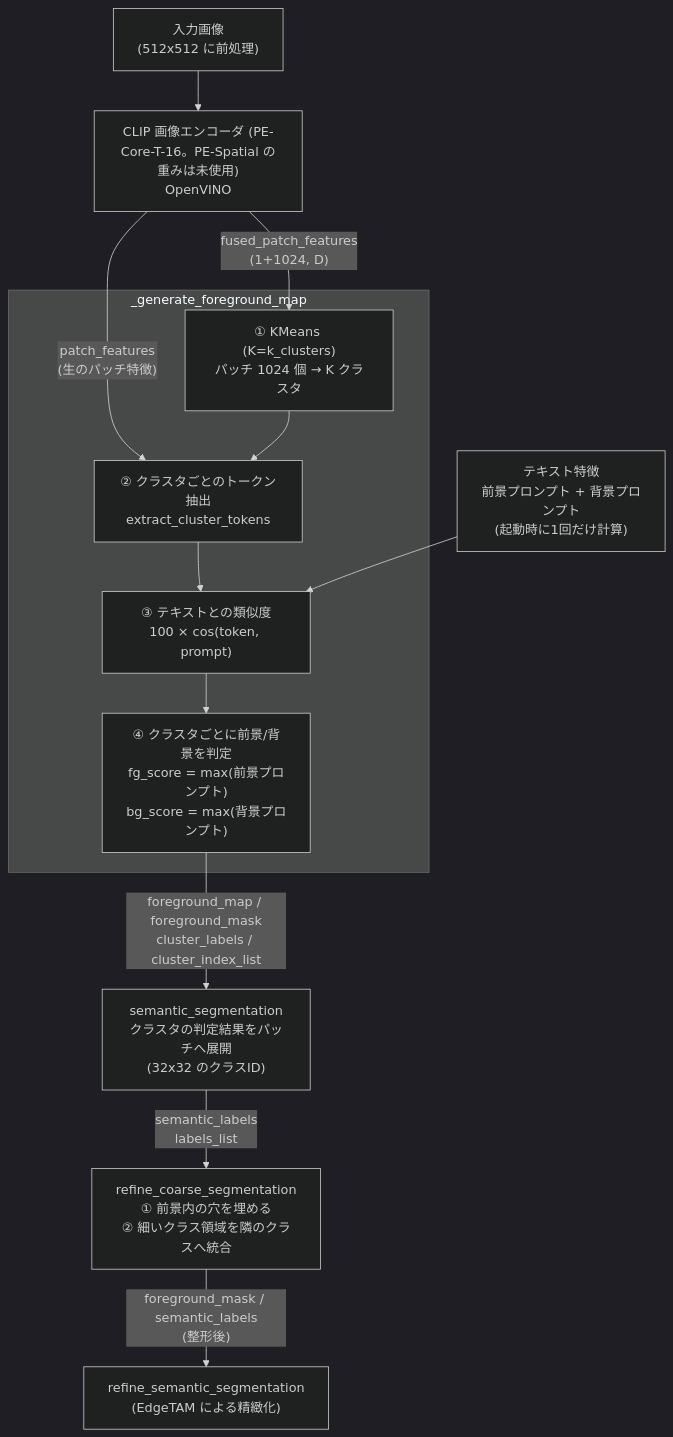
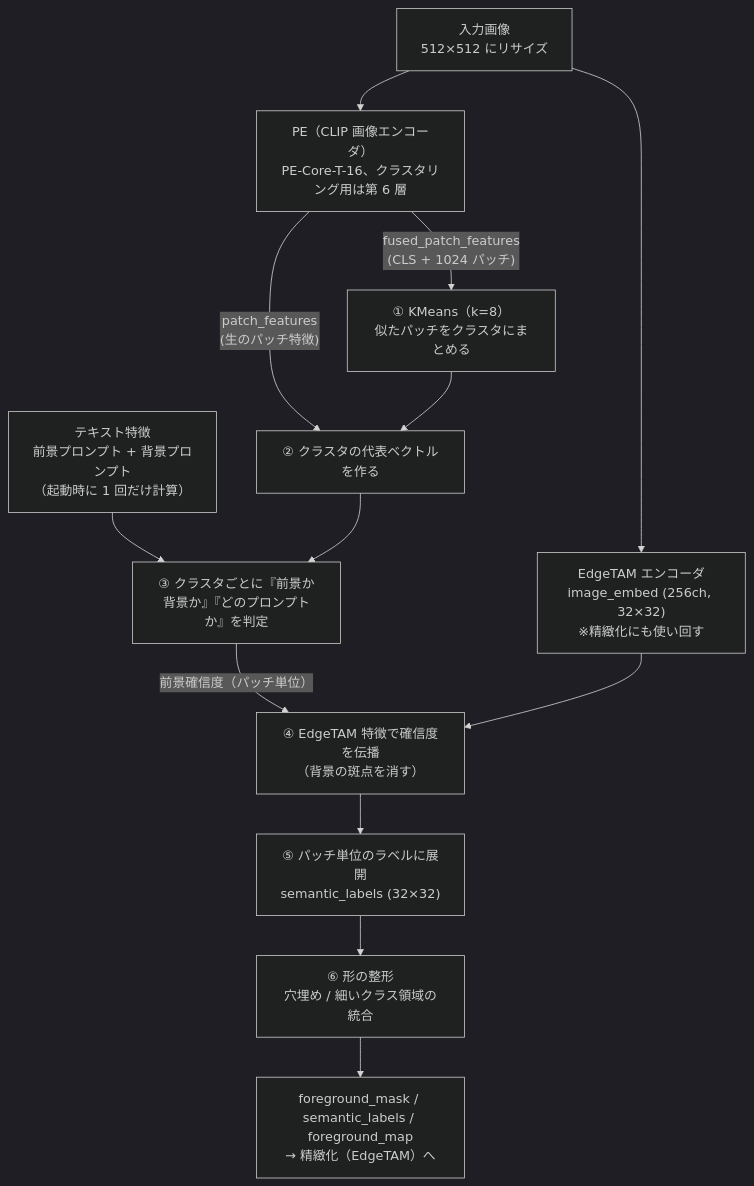
Before and after one commit to fklg-64/pe_anything_detect: the first of 15 diagrams in docs/coarse_segmentation.md, drawn with Mermaid (dark theme). The commit also changed other lines of this file and 2 other files, not shown here.

````diff
--- a/docs/coarse_segmentation.md
+++ b/docs/coarse_segmentation.md
@@ -20,20 +23,16 @@
 ```mermaid
 flowchart TD
-    IMG["入力画像<br/>(512x512 に前処理)"] --> CLIP["CLIP 画像エンコーダ (PE-Core-T-16。PE-Spatial の重みは未使用)<br/>OpenVINO"]
-    CLIP -->|"fused_patch_features<br/>(1+1024, D)"| KM
-    CLIP -->|"patch_features<br/>(生のパッチ特徴)"| POOL
+    IMG["入力画像<br/>512×512 にリサイズ"] --> PE["PE（CLIP 画像エンコーダ）<br/>PE-Core-T-16、クラスタリング用は第 6 層"]
+    IMG --> ET["EdgeTAM エンコーダ<br/>image_embed (256ch, 32×32)<br/>※精緻化にも使い回す"]
 
-    subgraph GFM["_generate_foreground_map"]
-        KM["① KMeans (K=k_clusters)<br/>パッチ 1024 個 → K クラスタ"]
-        POOL["② クラスタごとのトークン抽出<br/>extract_cluster_tokens"]
-        SIM["③ テキストとの類似度<br/>100 × cos(token, prompt)"]
-        DEC["④ クラスタごとに前景/背景を判定<br/>fg_score = max(前景プロンプト)<br/>bg_score = max(背景プロンプト)"]
-        KM --> POOL --> SIM --> DEC
-    end
-
-    TXT["テキスト特徴<br/>前景プロンプト + 背景プロンプト<br/>(起動時に1回だけ計算)"] --> SIM
-
-    DEC -->|"foreground_map / foreground_mask<br/>cluster_labels / cluster_index_list"| SEM["semantic_segmentation<br/>クラスタの判定結果をパッチへ展開<br/>(32x32 のクラスID)"]
-    SEM -->|"semantic_labels<br/>labels_list"| REF["refine_coarse_segmentation<br/>① 前景内の穴を埋める<br/>② 細いクラス領域を隣のクラスへ統合"]
-    REF -->|"foreground_mask / semantic_labels<br/>(整形後)"| NEXT["refine_semantic_segmentation<br/>(EdgeTAM による精緻化)"]
+    PE -->|"fused_patch_features<br/>(CLS + 1024 パッチ)"| KM["① KMeans（k=8）<br/>似たパッチをクラスタにまとめる"]
+    PE -->|"patch_features<br/>(生のパッチ特徴)"| TOK
+    KM --> TOK["② クラスタの代表ベクトルを作る"]
+    TXT["テキスト特徴<br/>前景プロンプト + 背景プロンプト<br/>（起動時に 1 回だけ計算）"] --> JUDGE
+    TOK --> JUDGE["③ クラスタごとに『前景か背景か』『どのプロンプトか』を判定"]
+    JUDGE -->|"前景確信度（パッチ単位）"| PROP["④ EdgeTAM 特徴で確信度を伝播<br/>（背景の斑点を消す）"]
+    ET --> PROP
+    PROP --> LAB["⑤ パッチ単位のラベルに展開<br/>semantic_labels (32×32)"]
+    LAB --> FIX["⑥ 形の整形<br/>穴埋め / 細いクラス領域の統合"]
+    FIX --> OUT["foreground_mask / semantic_labels / foreground_map<br/>→ 精緻化（EdgeTAM）へ"]
 ```
````
